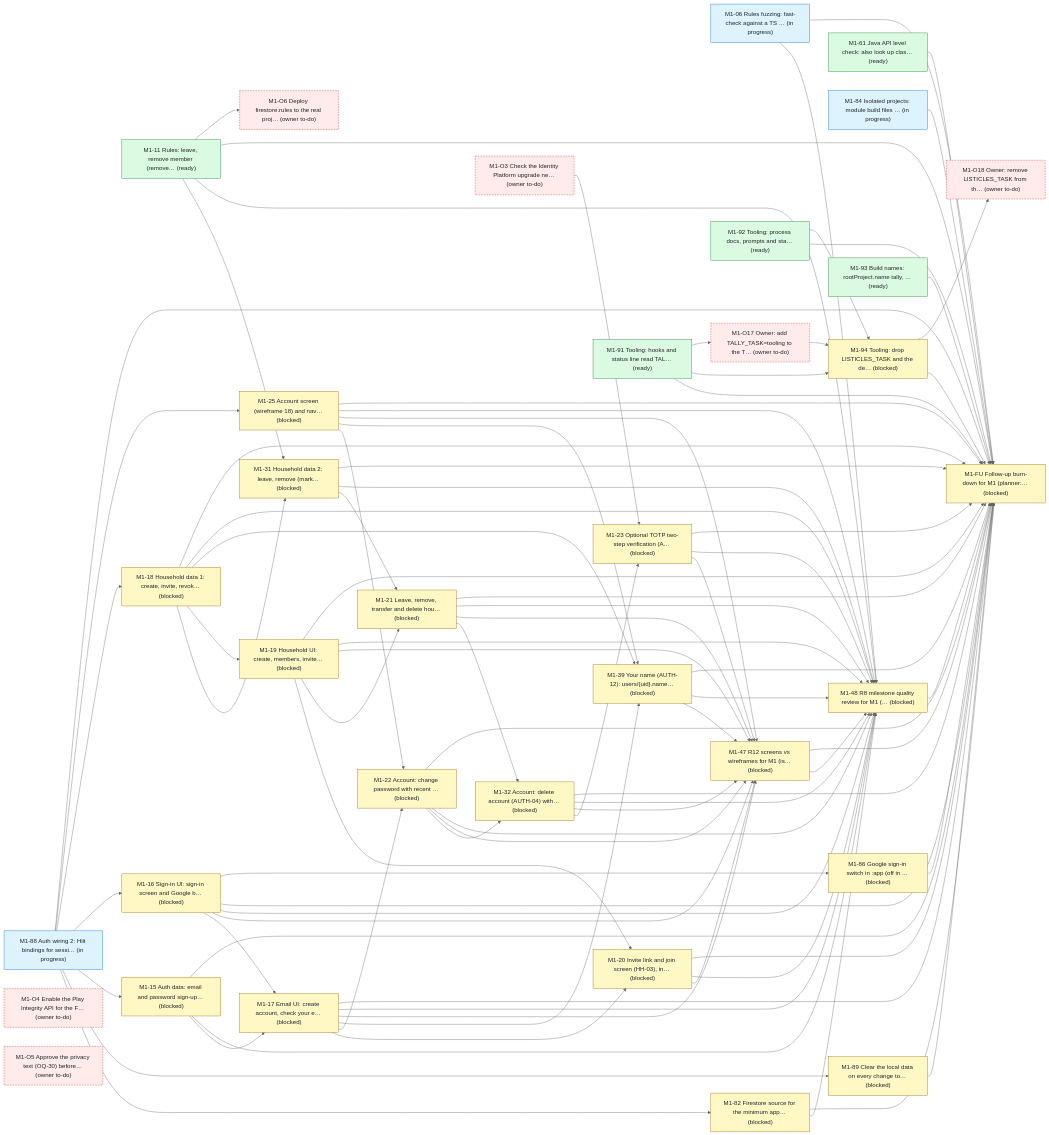
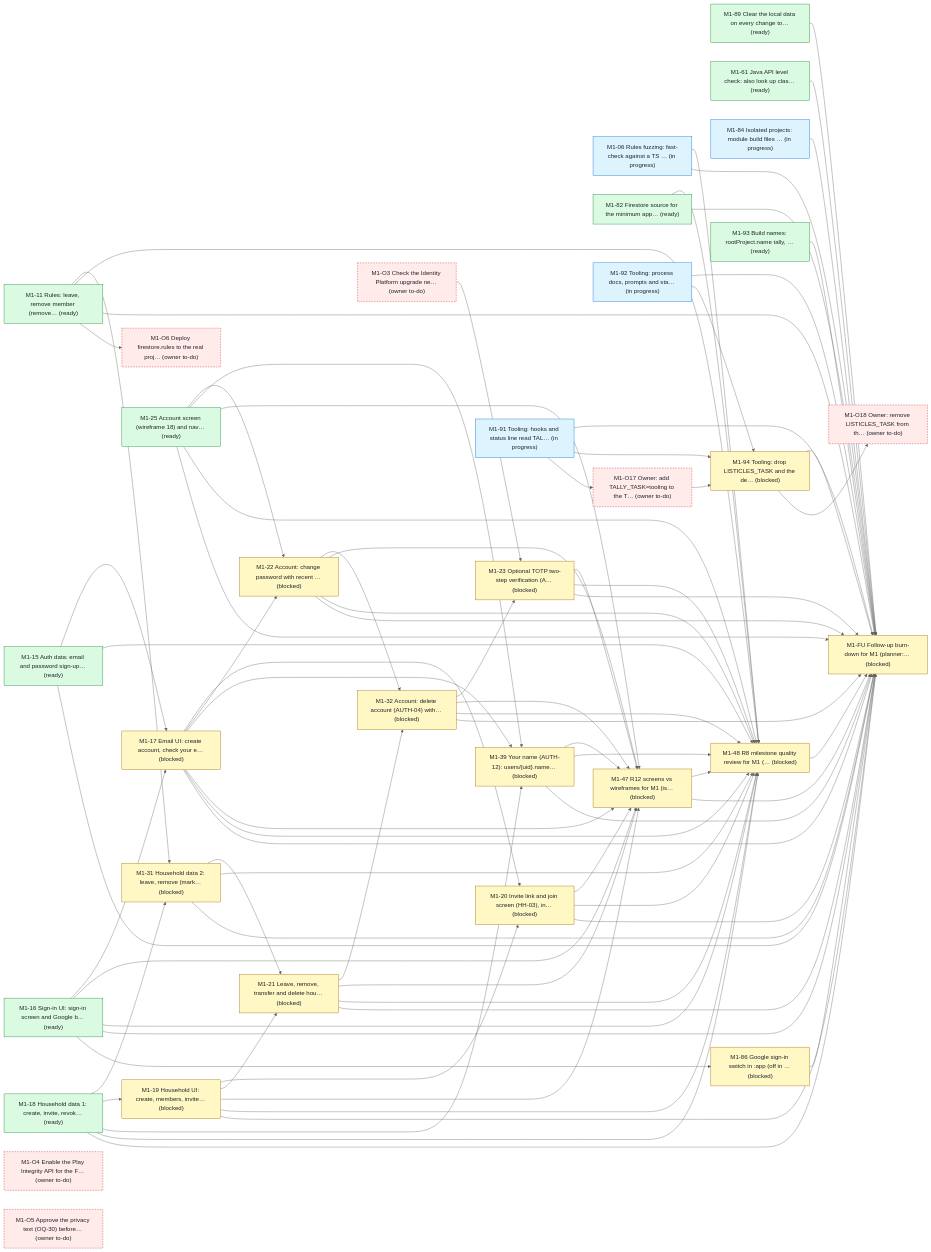
Before and after one commit to bondo/listicles2: the first of 4 diagrams in status.md, drawn with Mermaid (neutral theme). The commit also changed other lines of this file and 3 other files, not shown here.

```diff
--- a/status.md
+++ b/status.md
@@ -238,123 +238,115 @@
 flowchart LR
     n0["M1-06 Rules fuzzing: fast-check against a TS … (in progress)"]:::progress
     n1["M1-11 Rules: leave, remove member (remove… (ready)"]:::ready
-    n2["M1-82 Firestore source for the minimum app… (blocked)"]:::blocked
-    n3["M1-88 Auth wiring 2: Hilt bindings for sessi… (in progress)"]:::progress
-    n4["M1-89 Clear the local data on every change to… (blocked)"]:::blocked
-    n5["M1-15 Auth data: email and password sign-up… (blocked)"]:::blocked
-    n6["M1-16 Sign-in UI: sign-in screen and Google b… (blocked)"]:::blocked
-    n7["M1-17 Email UI: create account, check your e… (blocked)"]:::blocked
-    n8["M1-18 Household data 1: create, invite, revok… (blocked)"]:::blocked
-    n9["M1-31 Household data 2: leave, remove (mark… (blocked)"]:::blocked
-    n10["M1-19 Household UI: create, members, invite… (blocked)"]:::blocked
-    n11["M1-20 Invite link and join screen (HH-03), in… (blocked)"]:::blocked
-    n12["M1-21 Leave, remove, transfer and delete hou… (blocked)"]:::blocked
-    n13["M1-22 Account: change password with recent … (blocked)"]:::blocked
-    n14["M1-32 Account: delete account (AUTH-04) with… (blocked)"]:::blocked
-    n15["M1-23 Optional TOTP two-step verification (A… (blocked)"]:::blocked
-    n16["M1-25 Account screen (wireframe 18) and nav… (blocked)"]:::blocked
-    n17["M1-61 Java API level check: also look up clas… (ready)"]:::ready
-    n18["M1-39 Your name (AUTH-12): users/{uid}.name… (blocked)"]:::blocked
-    n19["M1-84 Isolated projects: module build files … (in progress)"]:::progress
-    n20["M1-47 R12 screens vs wireframes for M1 (is… (blocked)"]:::blocked
-    n21["M1-48 R8 milestone quality review for M1 (… (blocked)"]:::blocked
-    n22["M1-FU Follow-up burn-down for M1 (planner:… (blocked)"]:::blocked
-    n23["M1-O3 Check the Identity Platform upgrade ne… (owner to-do)"]:::owner
-    n24["M1-O4 Enable the Play Integrity API for the F… (owner to-do)"]:::owner
-    n25["M1-O5 Approve the privacy text (OQ-30) before… (owner to-do)"]:::owner
-    n26["M1-O6 Deploy firestore.rules to the real proj… (owner to-do)"]:::owner
-    n27["M1-86 Google sign-in switch in :app (off in … (blocked)"]:::blocked
-    n28["M1-91 Tooling: hooks and status line read TAL… (ready)"]:::ready
-    n29["M1-92 Tooling: process docs, prompts and sta… (ready)"]:::ready
-    n30["M1-93 Build names: rootProject.name tally, … (ready)"]:::ready
-    n31["M1-94 Tooling: drop LISTICLES_TASK and the de… (blocked)"]:::blocked
-    n32["M1-O17 Owner: add TALLY_TASK=tooling to the T… (owner to-do)"]:::owner
-    n33["M1-O18 Owner: remove LISTICLES_TASK from th… (owner to-do)"]:::owner
-    n3 --> n2
-    n3 --> n4
-    n3 --> n5
-    n3 --> n6
-    n5 --> n7
-    n6 --> n7
-    n3 --> n8
-    n1 --> n9
-    n8 --> n9
-    n8 --> n10
-    n10 --> n11
-    n7 --> n11
-    n10 --> n12
-    n9 --> n12
-    n7 --> n13
-    n16 --> n13
+    n2["M1-82 Firestore source for the minimum app… (ready)"]:::ready
+    n3["M1-89 Clear the local data on every change to… (ready)"]:::ready
+    n4["M1-15 Auth data: email and password sign-up… (ready)"]:::ready
+    n5["M1-16 Sign-in UI: sign-in screen and Google b… (ready)"]:::ready
+    n6["M1-17 Email UI: create account, check your e… (blocked)"]:::blocked
+    n7["M1-18 Household data 1: create, invite, revok… (ready)"]:::ready
+    n8["M1-31 Household data 2: leave, remove (mark… (blocked)"]:::blocked
+    n9["M1-19 Household UI: create, members, invite… (blocked)"]:::blocked
+    n10["M1-20 Invite link and join screen (HH-03), in… (blocked)"]:::blocked
+    n11["M1-21 Leave, remove, transfer and delete hou… (blocked)"]:::blocked
+    n12["M1-22 Account: change password with recent … (blocked)"]:::blocked
+    n13["M1-32 Account: delete account (AUTH-04) with… (blocked)"]:::blocked
+    n14["M1-23 Optional TOTP two-step verification (A… (blocked)"]:::blocked
+    n15["M1-25 Account screen (wireframe 18) and nav… (ready)"]:::ready
+    n16["M1-61 Java API level check: also look up clas… (ready)"]:::ready
+    n17["M1-39 Your name (AUTH-12): users/{uid}.name… (blocked)"]:::blocked
+    n18["M1-84 Isolated projects: module build files … (in progress)"]:::progress
+    n19["M1-47 R12 screens vs wireframes for M1 (is… (blocked)"]:::blocked
+    n20["M1-48 R8 milestone quality review for M1 (… (blocked)"]:::blocked
+    n21["M1-FU Follow-up burn-down for M1 (planner:… (blocked)"]:::blocked
+    n22["M1-O3 Check the Identity Platform upgrade ne… (owner to-do)"]:::owner
+    n23["M1-O4 Enable the Play Integrity API for the F… (owner to-do)"]:::owner
+    n24["M1-O5 Approve the privacy text (OQ-30) before… (owner to-do)"]:::owner
+    n25["M1-O6 Deploy firestore.rules to the real proj… (owner to-do)"]:::owner
+    n26["M1-86 Google sign-in switch in :app (off in … (blocked)"]:::blocked
+    n27["M1-91 Tooling: hooks and status line read TAL… (in progress)"]:::progress
+    n28["M1-92 Tooling: process docs, prompts and sta… (in progress)"]:::progress
+    n29["M1-93 Build names: rootProject.name tally, … (ready)"]:::ready
+    n30["M1-94 Tooling: drop LISTICLES_TASK and the de… (blocked)"]:::blocked
+    n31["M1-O17 Owner: add TALLY_TASK=tooling to the T… (owner to-do)"]:::owner
+    n32["M1-O18 Owner: remove LISTICLES_TASK from th… (owner to-do)"]:::owner
+    n4 --> n6
+    n5 --> n6
+    n1 --> n8
+    n7 --> n8
+    n7 --> n9
+    n9 --> n10
+    n6 --> n10
+    n9 --> n11
+    n8 --> n11
+    n6 --> n12
+    n15 --> n12
+    n12 --> n13
+    n11 --> n13
     n13 --> n14
-    n12 --> n14
-    n14 --> n15
-    n23 --> n15
-    n3 --> n16
-    n8 --> n18
-    n7 --> n18
-    n16 --> n18
+    n22 --> n14
+    n7 --> n17
+    n6 --> n17
+    n15 --> n17
+    n5 --> n19
+    n6 --> n19
+    n9 --> n19
+    n10 --> n19
+    n11 --> n19
+    n12 --> n19
+    n14 --> n19
+    n15 --> n19
+    n13 --> n19
+    n17 --> n19
+    n0 --> n20
+    n1 --> n20
+    n4 --> n20
+    n5 --> n20
     n6 --> n20
     n7 --> n20
+    n9 --> n20
     n10 --> n20
     n11 --> n20
     n12 --> n20
+    n14 --> n20
+    n15 --> n20
+    n8 --> n20
     n13 --> n20
-    n15 --> n20
-    n16 --> n20
-    n14 --> n20
-    n18 --> n20
+    n17 --> n20
+    n19 --> n20
+    n2 --> n20
+    n3 --> n21
     n0 --> n21
     n1 --> n21
+    n27 --> n21
+    n28 --> n21
+    n29 --> n21
+    n30 --> n21
+    n4 --> n21
     n5 --> n21
     n6 --> n21
     n7 --> n21
-    n8 --> n21
+    n9 --> n21
     n10 --> n21
     n11 --> n21
     n12 --> n21
+    n14 --> n21
+    n15 --> n21
+    n8 --> n21
     n13 --> n21
-    n15 --> n21
+    n17 --> n21
+    n19 --> n21
+    n20 --> n21
     n16 --> n21
-    n9 --> n21
-    n14 --> n21
+    n2 --> n21
     n18 --> n21
-    n20 --> n21
-    n2 --> n21
-    n3 --> n22
-    n4 --> n22
-    n0 --> n22
-    n1 --> n22
-    n28 --> n22
-    n29 --> n22
-    n30 --> n22
-    n31 --> n22
-    n5 --> n22
-    n6 --> n22
-    n7 --> n22
-    n8 --> n22
-    n10 --> n22
-    n11 --> n22
-    n12 --> n22
-    n13 --> n22
-    n15 --> n22
-    n16 --> n22
-    n9 --> n22
-    n14 --> n22
-    n18 --> n22
-    n20 --> n22
-    n21 --> n22
-    n17 --> n22
-    n2 --> n22
-    n19 --> n22
-    n27 --> n22
-    n1 --> n26
-    n6 --> n27
-    n32 --> n31
-    n28 --> n31
-    n29 --> n31
-    n28 --> n32
-    n31 --> n33
+    n26 --> n21
+    n1 --> n25
+    n5 --> n26
+    n31 --> n30
+    n27 --> n30
+    n28 --> n30
+    n27 --> n31
+    n30 --> n32
     classDef ready fill:#dafbe1,stroke:#1a7f37,color:#1f2328
     classDef progress fill:#ddf4ff,stroke:#0969da,color:#1f2328
     classDef blocked fill:#fff8c5,stroke:#9a6700,color:#1f2328
```
